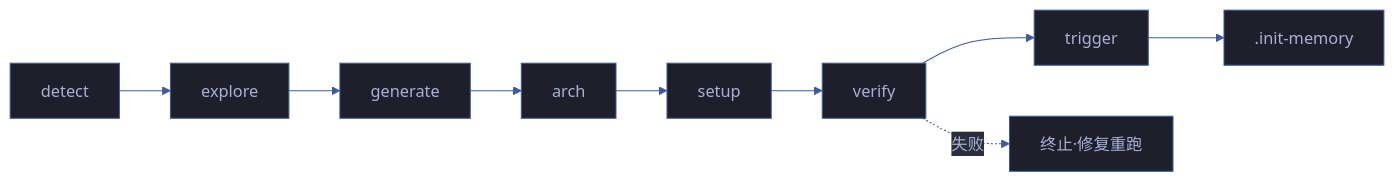
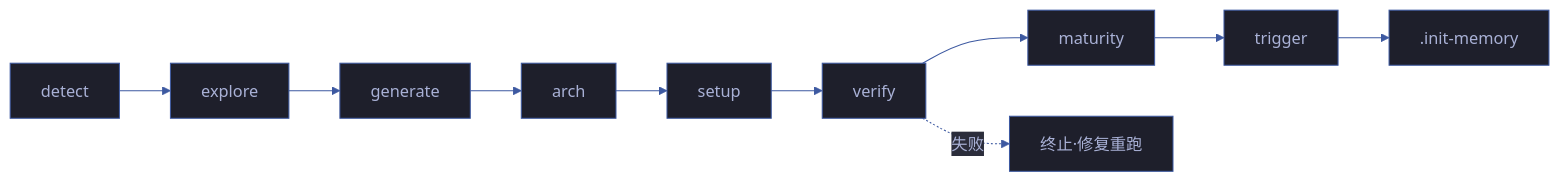
One commit to effiy/YrY changed the first of 2 diagrams in skills/rui-init/SKILL.md. Above: the diagram before and after it, drawn with Mermaid. The commit also changed other lines of this file and 35 other files, not shown here.

````diff
--- a/skills/rui-init/SKILL.md
+++ b/skills/rui-init/SKILL.md
@@ -16,13 +16,13 @@
 ```mermaid
 %%{init: {'theme': 'base', 'themeVariables': {
   'primaryColor': '#1e1f2b',
   'primaryTextColor': '#a9b1d6',
   'primaryBorderColor': '#3d59a1',
   'lineColor': '#3d59a1',
   'secondaryColor': '#2b2d3b',
   'tertiaryColor': '#21232f'
 }}}%%
 flowchart LR
-    P1[detect]:::s --> P2[explore]:::llm --> P3[generate]:::llm --> P4[arch]:::llm --> P5[setup]:::s --> P6[verify]:::s --> P7[trigger]:::s --> P8[.init-memory]
+    P1[detect]:::s --> P2[explore]:::llm --> P3[generate]:::llm --> P4[arch]:::llm --> P5[setup]:::s --> P6[verify]:::s --> P7[maturity]:::llm --> P8[trigger]:::s --> P9[.init-memory]
     P6 -.失败.-> Fix[终止·修复重跑]
 ```
````
